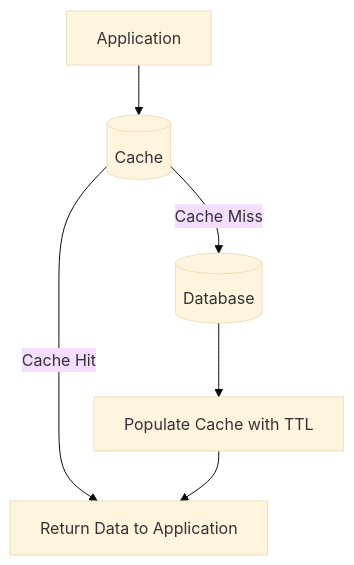
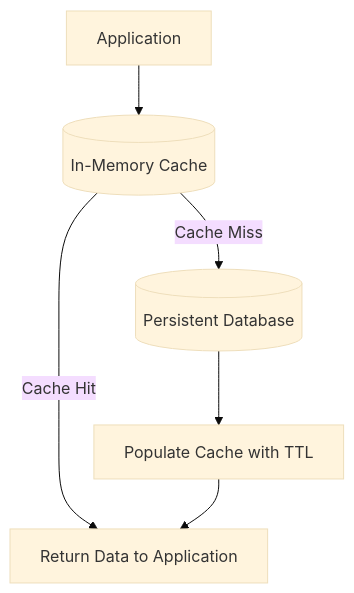
One commit to Sujalkathait/high-level-design changed the second of 6 diagrams in 05-caching/caching-strategies.md. Above: the diagram before and after it, drawn with Mermaid (base theme). The commit also changed other lines of this file and 4 other files, not shown here.

Commit message:
fix(caching): fix all mermaid diagram syntax, quoting, and formatting across caching docs

````diff
--- a/05-caching/caching-strategies.md
+++ b/05-caching/caching-strategies.md
@@ -32,8 +32,8 @@
 ```mermaid
 flowchart TD
-    App[Application] --> Cache[("Cache")]
-    Cache -->|Cache Hit| ReturnData[Return Data to Application]
-    Cache -->|Cache Miss| DB[("Database")]
-    DB --> PopulateCache[Populate Cache with TTL]
+    App["Application"] --> Cache[("In-Memory Cache")]
+    Cache -->|"Cache Hit"| ReturnData["Return Data to Application"]
+    Cache -->|"Cache Miss"| DB[("Persistent Database")]
+    DB --> PopulateCache["Populate Cache with TTL"]
     PopulateCache --> ReturnData
 ```
````
